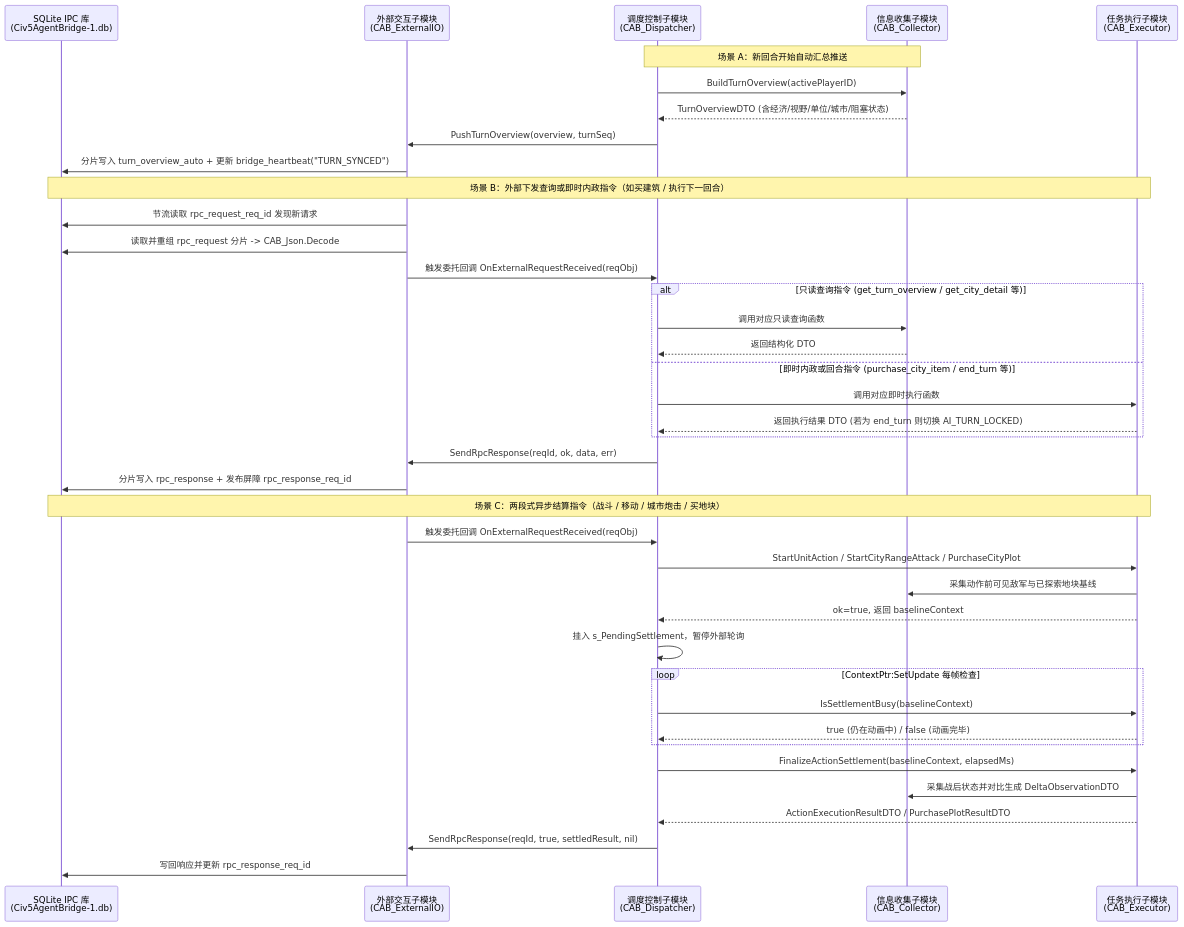
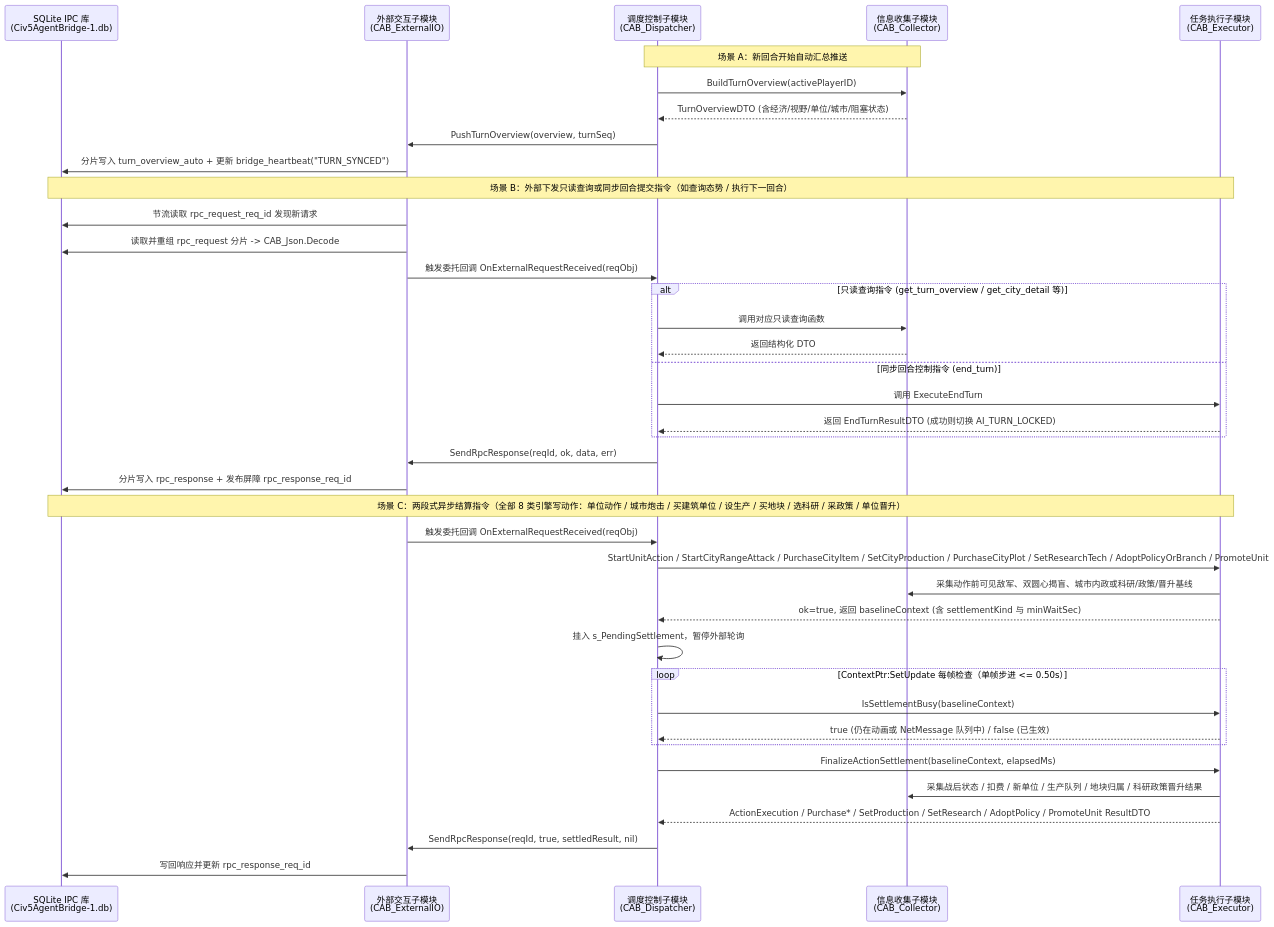
The diagram in docs/M1/模块内部接口设计.md (1294549175/Civ5AgentBridge), drawn with Mermaid before and after one commit. The commit also changed other lines of this file and 15 other files, not shown here.

````diff
--- a/docs/M1/模块内部接口设计.md
+++ b/docs/M1/模块内部接口设计.md
@@ -22,44 +22,44 @@
 ```mermaid
 sequenceDiagram
     participant SQLite as SQLite IPC 库<br/>(Civ5AgentBridge-1.db)
     participant ExtIO as 外部交互子模块<br/>(CAB_ExternalIO)
     participant Disp as 调度控制子模块<br/>(CAB_Dispatcher)
     participant Coll as 信息收集子模块<br/>(CAB_Collector)
     participant Exec as 任务执行子模块<br/>(CAB_Executor)
 
     Note over Disp,Coll: 场景 A：新回合开始自动汇总推送
     Disp->>Coll: BuildTurnOverview(activePlayerID)
     Coll-->>Disp: TurnOverviewDTO (含经济/视野/单位/城市/阻塞状态)
     Disp->>ExtIO: PushTurnOverview(overview, turnSeq)
     ExtIO->>SQLite: 分片写入 turn_overview_auto + 更新 bridge_heartbeat("TURN_SYNCED")
 
-    Note over SQLite,Exec: 场景 B：外部下发查询或即时内政指令（如买建筑 / 执行下一回合）
+    Note over SQLite,Exec: 场景 B：外部下发只读查询或同步回合提交指令（如查询态势 / 执行下一回合）
     ExtIO->>SQLite: 节流读取 rpc_request_req_id 发现新请求
     ExtIO->>SQLite: 读取并重组 rpc_request 分片 -> CAB_Json.Decode
     ExtIO->>Disp: 触发委托回调 OnExternalRequestReceived(reqObj)
     alt 只读查询指令 (get_turn_overview / get_city_detail 等)
         Disp->>Coll: 调用对应只读查询函数
         Coll-->>Disp: 返回结构化 DTO
-    else 即时内政或回合指令 (purchase_city_item / end_turn 等)
-        Disp->>Exec: 调用对应即时执行函数
-        Exec-->>Disp: 返回执行结果 DTO (若为 end_turn 则切换 AI_TURN_LOCKED)
+    else 同步回合控制指令 (end_turn)
+        Disp->>Exec: 调用 ExecuteEndTurn
+        Exec-->>Disp: 返回 EndTurnResultDTO (成功则切换 AI_TURN_LOCKED)
     end
     Disp->>ExtIO: SendRpcResponse(reqId, ok, data, err)
     ExtIO->>SQLite: 分片写入 rpc_response + 发布屏障 rpc_response_req_id
 
-    Note over SQLite,Exec: 场景 C：两段式异步结算指令（战斗 / 移动 / 城市炮击 / 买地块）
+    Note over SQLite,Exec: 场景 C：两段式异步结算指令（全部 8 类引擎写动作：单位动作 / 城市炮击 / 买建筑单位 / 设生产 / 买地块 / 选科研 / 采政策 / 单位晋升）
     ExtIO->>Disp: 触发委托回调 OnExternalRequestReceived(reqObj)
-    Disp->>Exec: StartUnitAction / StartCityRangeAttack / PurchaseCityPlot
-    Exec->>Coll: 采集动作前可见敌军与已探索地块基线
-    Exec-->>Disp: ok=true, 返回 baselineContext
+    Disp->>Exec: StartUnitAction / StartCityRangeAttack / PurchaseCityItem / SetCityProduction / PurchaseCityPlot / SetResearchTech / AdoptPolicyOrBranch / PromoteUnit
+    Exec->>Coll: 采集动作前可见敌军、双圆心揭盲、城市内政或科研/政策/晋升基线
+    Exec-->>Disp: ok=true, 返回 baselineContext (含 settlementKind 与 minWaitSec)
     Disp->>Disp: 挂入 s_PendingSettlement，暂停外部轮询
-    loop ContextPtr:SetUpdate 每帧检查
+    loop ContextPtr:SetUpdate 每帧检查（单帧步进 <= 0.50s）
         Disp->>Exec: IsSettlementBusy(baselineContext)
-        Exec-->>Disp: true (仍在动画中) / false (动画完毕)
+        Exec-->>Disp: true (仍在动画或 NetMessage 队列中) / false (已生效)
     end
     Disp->>Exec: FinalizeActionSettlement(baselineContext, elapsedMs)
-    Exec->>Coll: 采集战后状态并对比生成 DeltaObservationDTO
-    Exec-->>Disp: ActionExecutionResultDTO / PurchasePlotResultDTO
+    Exec->>Coll: 采集战后状态 / 扣费 / 新单位 / 生产队列 / 地块归属 / 科研政策晋升结果
+    Exec-->>Disp: ActionExecution / Purchase* / SetProduction / SetResearch / AdoptPolicy / PromoteUnit ResultDTO
     Disp->>ExtIO: SendRpcResponse(reqId, true, settledResult, nil)
     ExtIO->>SQLite: 写回响应并更新 rpc_response_req_id
 ```
````
